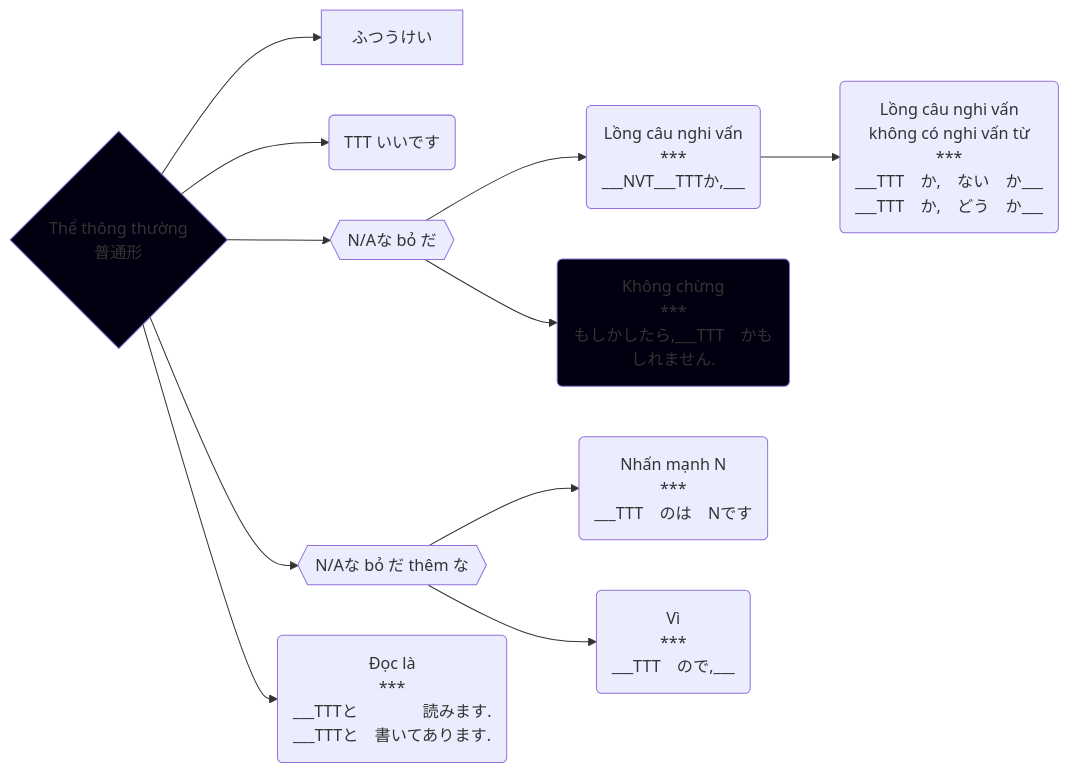
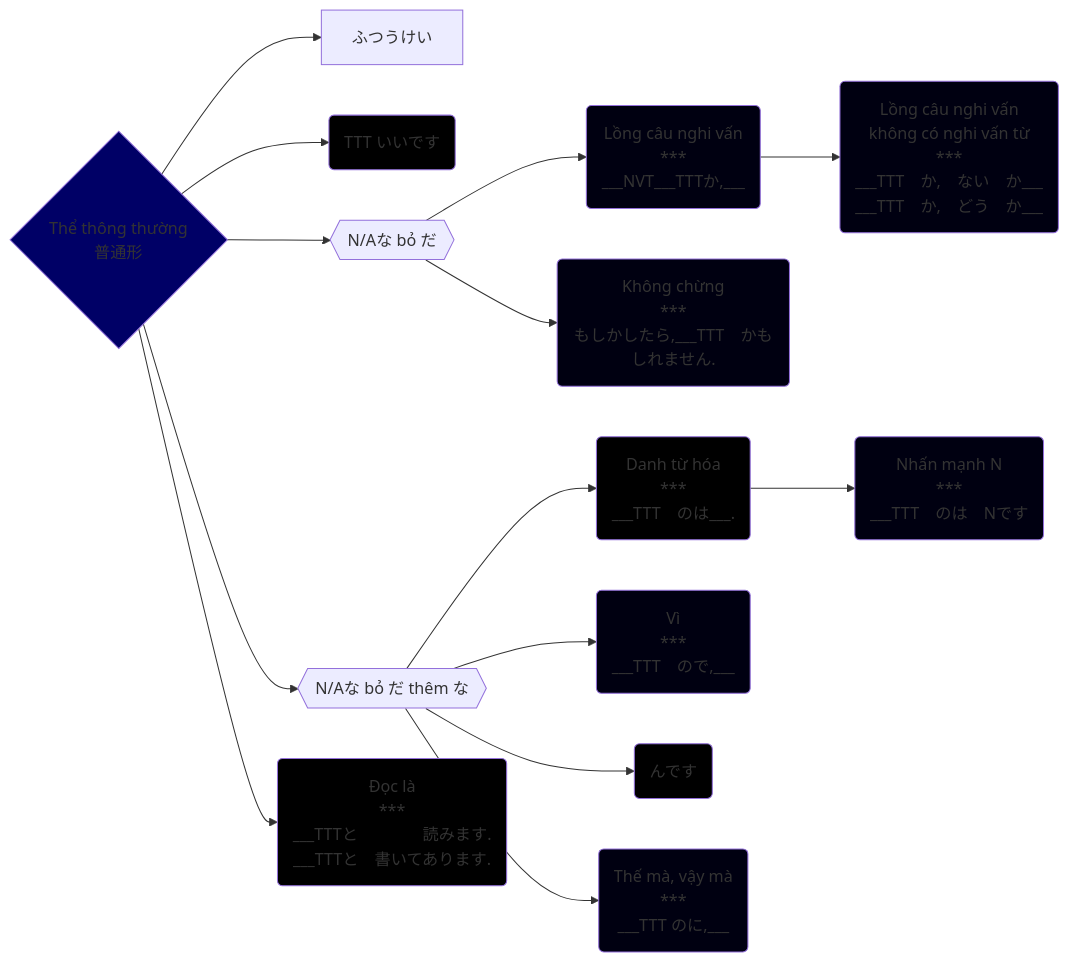
One commit to tea1504/learn changed the diagram in The/普通形.md. Above: the diagram before and after it, drawn with Mermaid. The commit also changed 18 other files, not shown here.

````diff
--- a/The/普通形.md
+++ b/The/普通形.md
@@ -1,16 +1,28 @@
 ```mermaid
 graph LR;
     TTT{Thể thông thường\n普通形}-->ふつうけい
     TTT-->nen(TTT いいです)
     TTT-->boDa{{N/Aな bỏ だ}}
     boDa-->longCauNghiVan(Lồng câu nghi vấn\n***\n___NVT___TTTか,___)
     longCauNghiVan-->longCauNghiVan2(Lồng câu nghi vấn\n không có nghi vấn từ\n***\n___TTT　か,　ない　か___\n___TTT　か,　どう　か___)
     boDa-->khongChung(Không chừng\n***\nもしかしたら,___TTT　かもしれません.)
     TTT-->boDaThemNa{{N/Aな bỏ だ thêm な}}
-    boDaThemNa-->nhanManhN(Nhấn mạnh N\n***\n___TTT　のは　Nです)
+    boDaThemNa-->danhTuHoa(Danh từ hóa\n***\n___TTT　のは___.)
+    danhTuHoa-->nhanManhN(Nhấn mạnh N\n***\n___TTT　のは　Nです)
     boDaThemNa-->vi(Vì\n***\n___TTT　ので,___)
     TTT-->docLaVietLa(Đọc là\n***\n___TTTと　　　　読みます.\n___TTTと　書いてあります.)
+    boDaThemNa-->ndesu(んです)
+    boDaThemNa-->theMaVayMa(Thế mà, vậy mà\n***\n___TTT のに,___)
 
-    style TTT fill:#001
+    style TTT fill:#006
+    style danhTuHoa fill:#000
+    style docLaVietLa fill:#000
     style khongChung fill:#001
+    style longCauNghiVan fill:#001
+    style longCauNghiVan2 fill:#001
+    style ndesu fill:#000
+    style nen fill:#000
+    style nhanManhN fill:#001
+    style theMaVayMa fill:#001
+    style vi fill:#001
 ```
````
